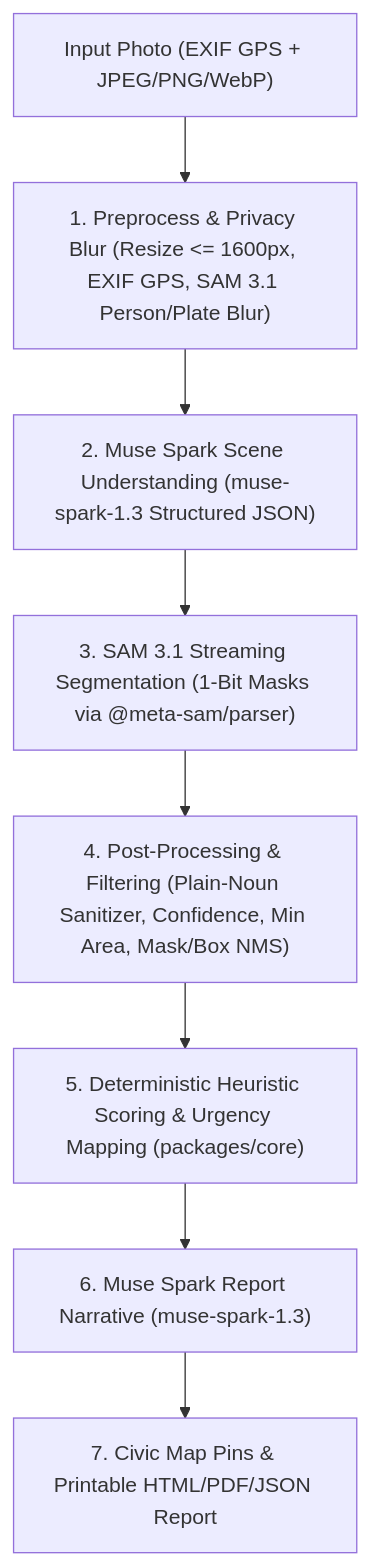
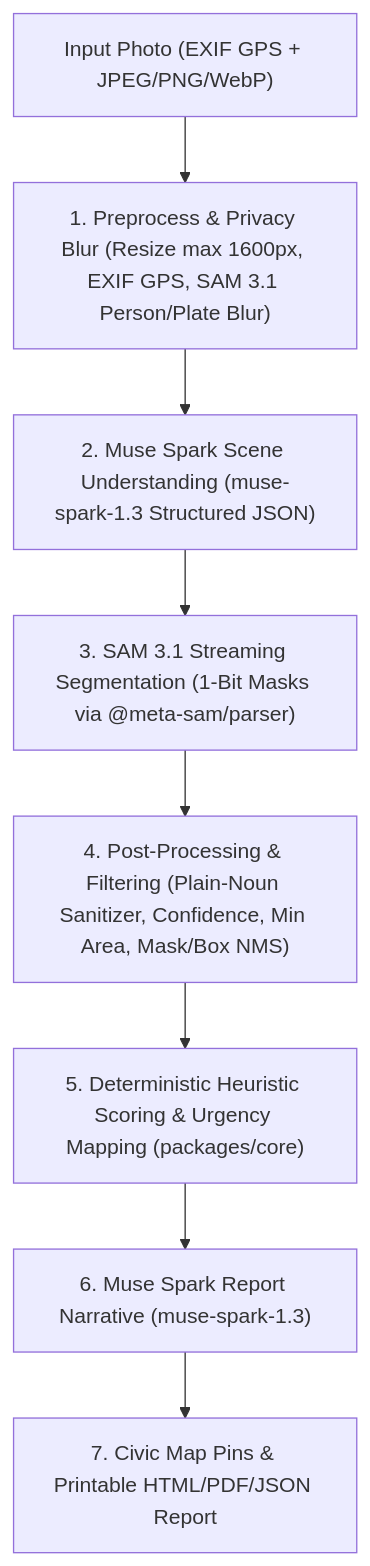
One commit to Foxcrack/viaguard changed the diagram in README.md. Above: the diagram before and after it, drawn with Mermaid. The commit also changed other lines of this file, not shown here.

Commit message:
docs: final README with own-photo results

````diff
--- a/README.md
+++ b/README.md
@@ -45,10 +51,10 @@
 ```mermaid
 flowchart TD
-    Photo["Input Photo (EXIF GPS + JPEG/PNG/WebP)"] --> Preprocess["1. Preprocess & Privacy Blur (Resize <= 1600px, EXIF GPS, SAM 3.1 Person/Plate Blur)"]
+    Photo["Input Photo (EXIF GPS + JPEG/PNG/WebP)"] --> Preprocess["1. Preprocess & Privacy Blur (Resize max 1600px, EXIF GPS, SAM 3.1 Person/Plate Blur)"]
     Preprocess --> MuseScene["2. Muse Spark Scene Understanding (muse-spark-1.3 Structured JSON)"]
     MuseScene --> SAMSeg["3. SAM 3.1 Streaming Segmentation (1-Bit Masks via @meta-sam/parser)"]
     SAMSeg --> FilterNMS["4. Post-Processing & Filtering (Plain-Noun Sanitizer, Confidence, Min Area, Mask/Box NMS)"]
     FilterNMS --> Scoring["5. Deterministic Heuristic Scoring & Urgency Mapping (packages/core)"]
     Scoring --> MuseReport["6. Muse Spark Report Narrative (muse-spark-1.3)"]
     MuseReport --> Outputs["7. Civic Map Pins & Printable HTML/PDF/JSON Report"]
 ```
````
